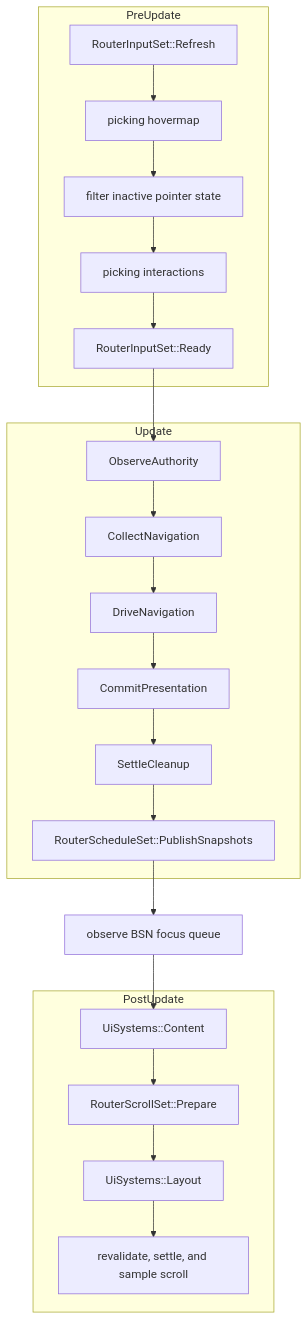
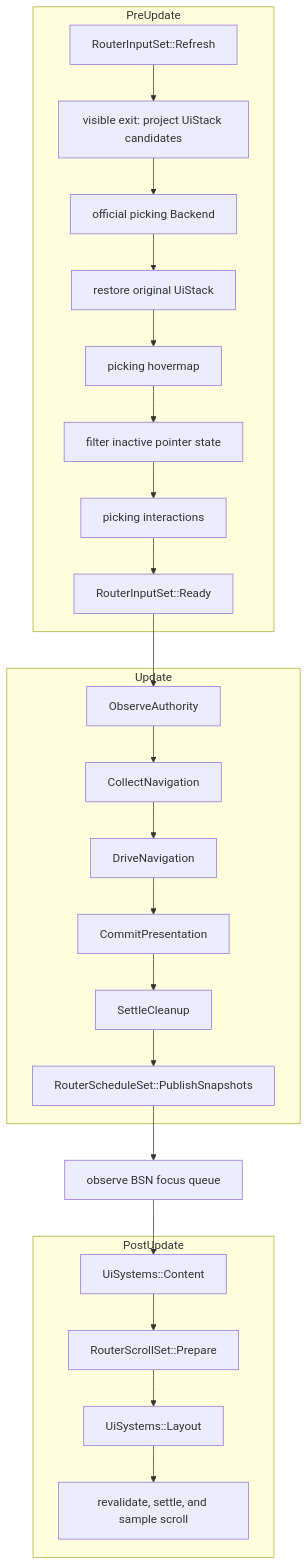
The third of 3 diagrams in docs/architecture/runtime.en.md (shengyusi-SYS/bevy_ui_router), drawn with Mermaid before and after one commit. The commit also changed other lines of this file and 28 other files, not shown here.

````diff
--- a/docs/architecture/runtime.en.md
+++ b/docs/architecture/runtime.en.md
@@ -77,24 +89,27 @@
 ```mermaid
 flowchart TB
     subgraph PreUpdate
-        Refresh["RouterInputSet::Refresh"] --> HoverMap["picking hovermap"]
+        Refresh["RouterInputSet::Refresh"] --> Candidates["visible exit: project UiStack candidates"]
+        Candidates --> Backend["official picking Backend"]
+        Backend --> Restore["restore original UiStack"]
+        Restore --> HoverMap["picking hovermap"]
         HoverMap --> Filter["filter inactive pointer state"]
         Filter --> Interaction["picking interactions"]
         Interaction --> Ready["RouterInputSet::Ready"]
     end
     subgraph Update
         Observe["ObserveAuthority"] --> Collect["CollectNavigation"]
         Collect --> Drive["DriveNavigation"]
         Drive --> Commit["CommitPresentation"]
         Commit --> Cleanup["SettleCleanup"]
         Cleanup --> Publish["RouterScheduleSet::PublishSnapshots"]
     end
     subgraph PostUpdate
         Content["UiSystems::Content"] --> Prepare["RouterScrollSet::Prepare"]
         Prepare --> Layout["UiSystems::Layout"]
         Layout --> Scroll["revalidate, settle, and sample scroll"]
     end
     Ready --> Observe
     Publish --> Focus["observe BSN focus queue"]
     Focus --> Content
 ```
````
